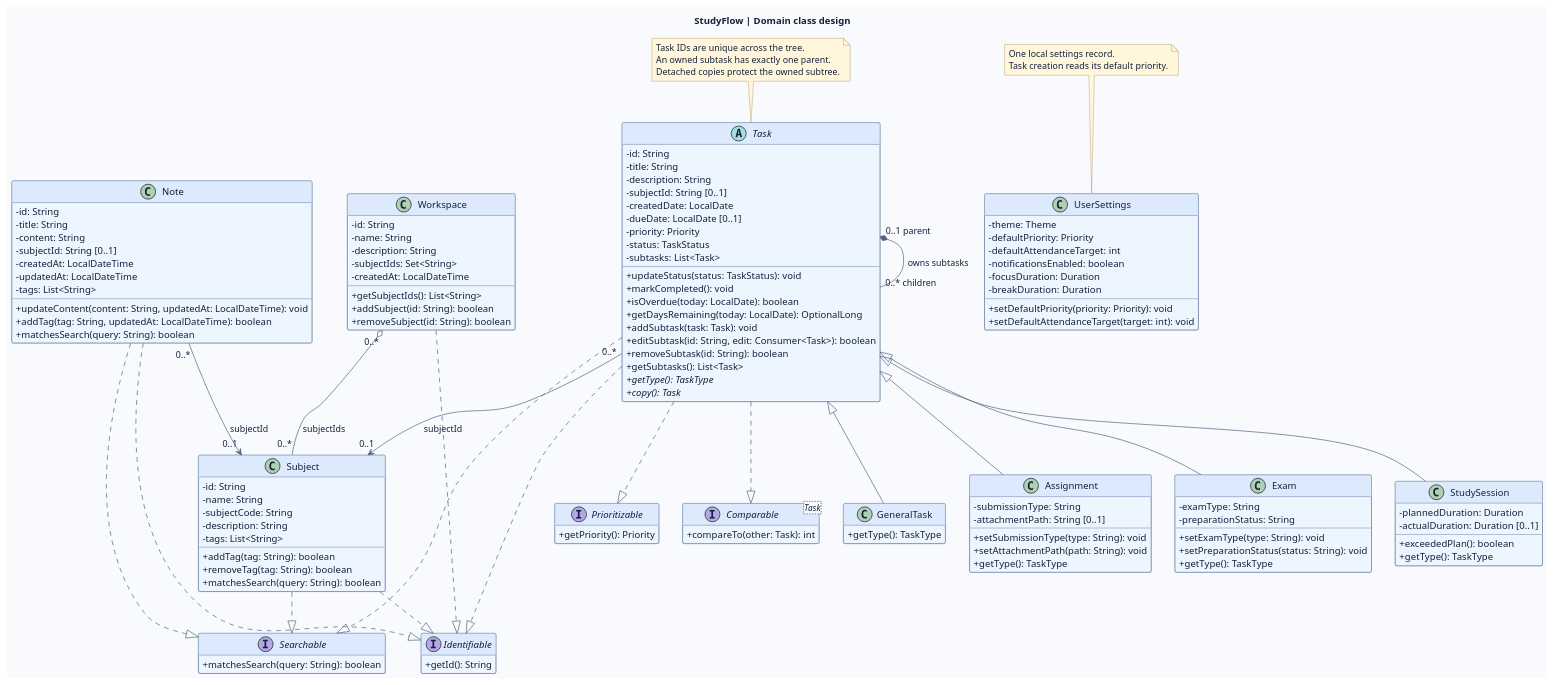
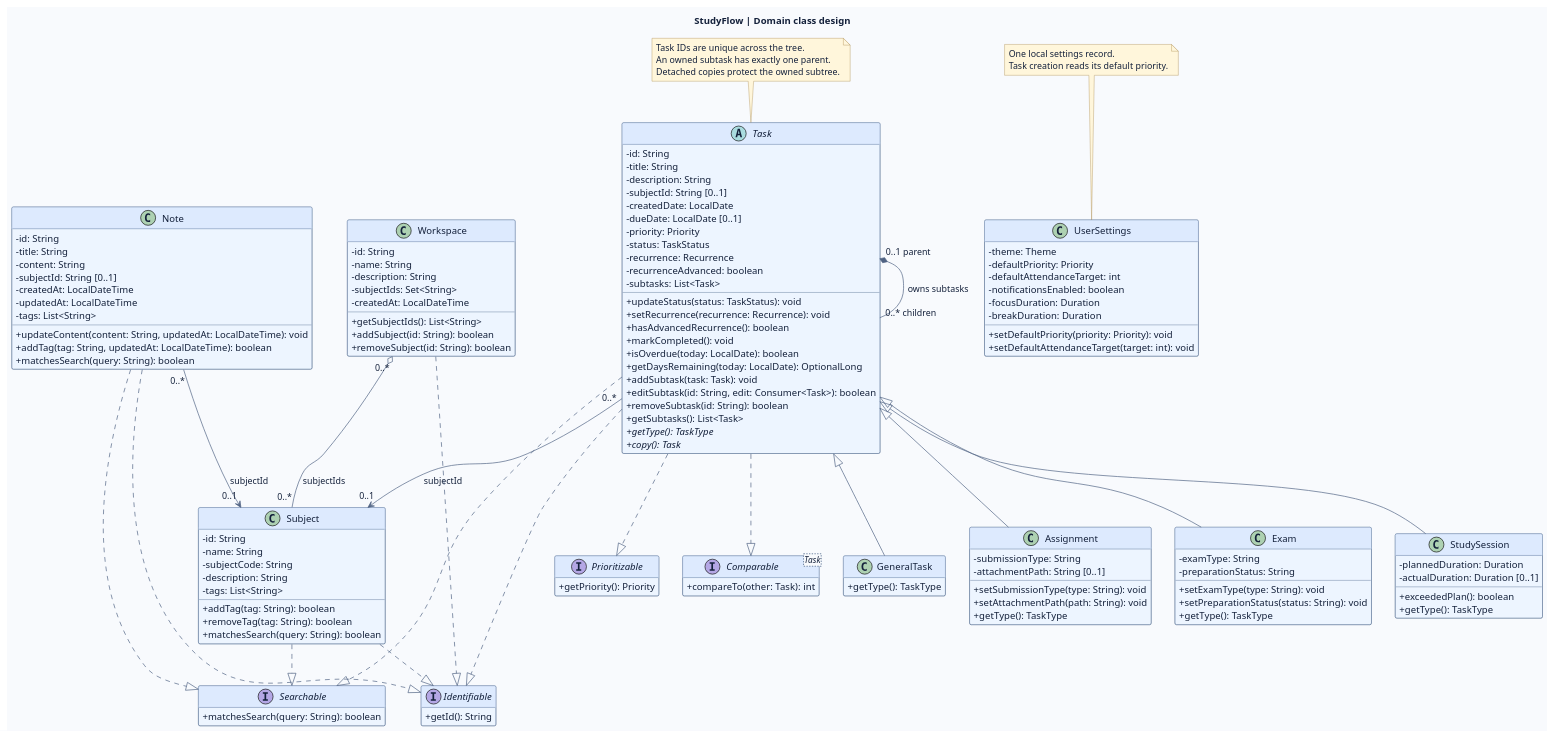
Before and after one commit to Dishitha09/StudyFlow: the diagram in docs/uml/class-diagram.puml, drawn with PlantUML. The commit also changed 20 other files, not shown here.

```diff
--- a/docs/uml/class-diagram.puml
+++ b/docs/uml/class-diagram.puml
@@ -1,155 +1,159 @@
 @startuml
 title StudyFlow | Domain class design
 top to bottom direction
 skinparam backgroundColor #F8FAFD
 skinparam defaultFontName Segoe UI
 skinparam defaultFontColor #14213B
 skinparam shadowing false
 skinparam ArrowColor #506383
 skinparam classAttributeIconSize 0
 skinparam classBorderColor #345279
 skinparam classBackgroundColor #EDF5FF
 skinparam classHeaderBackgroundColor #DDEAFE
 skinparam noteBackgroundColor #FFF6DB
 skinparam noteBorderColor #A17E3B
 hide empty members
 
 interface Searchable {
   +matchesSearch(query: String): boolean
 }
 
 interface Prioritizable {
   +getPriority(): Priority
 }
 
 interface Identifiable {
   +getId(): String
 }
 
 interface "Comparable<Task>" as Comparable {
   +compareTo(other: Task): int
 }
 
 abstract class Task {
   -id: String
   -title: String
   -description: String
   -subjectId: String [0..1]
   -createdDate: LocalDate
   -dueDate: LocalDate [0..1]
   -priority: Priority
   -status: TaskStatus
+  -recurrence: Recurrence
+  -recurrenceAdvanced: boolean
   -subtasks: List<Task>
   +updateStatus(status: TaskStatus): void
+  +setRecurrence(recurrence: Recurrence): void
+  +hasAdvancedRecurrence(): boolean
   +markCompleted(): void
   +isOverdue(today: LocalDate): boolean
   +getDaysRemaining(today: LocalDate): OptionalLong
   +addSubtask(task: Task): void
   +editSubtask(id: String, edit: Consumer<Task>): boolean
   +removeSubtask(id: String): boolean
   +getSubtasks(): List<Task>
   {abstract} +getType(): TaskType
   {abstract} +copy(): Task
 }
 
 class GeneralTask {
   +getType(): TaskType
 }
 
 class Assignment {
   -submissionType: String
   -attachmentPath: String [0..1]
   +setSubmissionType(type: String): void
   +setAttachmentPath(path: String): void
   +getType(): TaskType
 }
 
 class Exam {
   -examType: String
   -preparationStatus: String
   +setExamType(type: String): void
   +setPreparationStatus(status: String): void
   +getType(): TaskType
 }
 
 class StudySession {
   -plannedDuration: Duration
   -actualDuration: Duration [0..1]
   +exceededPlan(): boolean
   +getType(): TaskType
 }
 
 class Subject {
   -id: String
   -name: String
   -subjectCode: String
   -description: String
   -tags: List<String>
   +addTag(tag: String): boolean
   +removeTag(tag: String): boolean
   +matchesSearch(query: String): boolean
 }
 
 class Note {
   -id: String
   -title: String
   -content: String
   -subjectId: String [0..1]
   -createdAt: LocalDateTime
   -updatedAt: LocalDateTime
   -tags: List<String>
   +updateContent(content: String, updatedAt: LocalDateTime): void
   +addTag(tag: String, updatedAt: LocalDateTime): boolean
   +matchesSearch(query: String): boolean
 }
 
 class Workspace {
   -id: String
   -name: String
   -description: String
   -subjectIds: Set<String>
   -createdAt: LocalDateTime
   +getSubjectIds(): List<String>
   +addSubject(id: String): boolean
   +removeSubject(id: String): boolean
 }
 
 class UserSettings {
   -theme: Theme
   -defaultPriority: Priority
   -defaultAttendanceTarget: int
   -notificationsEnabled: boolean
   -focusDuration: Duration
   -breakDuration: Duration
   +setDefaultPriority(priority: Priority): void
   +setDefaultAttendanceTarget(target: int): void
 }
 
 Task ..|> Searchable
 Task ..|> Prioritizable
 Task ..|> Comparable
 Task ..|> Identifiable
 Task <|-- GeneralTask
 Task <|-- Assignment
 Task <|-- Exam
 Task <|-- StudySession
 Task "0..1 parent" *-- "0..* children" Task : owns subtasks
 Task "0..*" --> "0..1" Subject : subjectId
 Note "0..*" --> "0..1" Subject : subjectId
 Workspace "0..*" o-- "0..*" Subject : subjectIds
 Subject ..|> Searchable
 Note ..|> Searchable
 Subject ..|> Identifiable
 Note ..|> Identifiable
 Workspace ..|> Identifiable
 
 note top of UserSettings
   One local settings record.
   Task creation reads its default priority.
 end note
 note top of Task
   Task IDs are unique across the tree.
   An owned subtask has exactly one parent.
   Detached copies protect the owned subtree.
 end note
 @enduml
```
